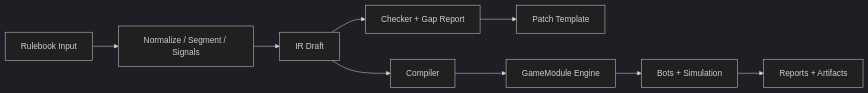
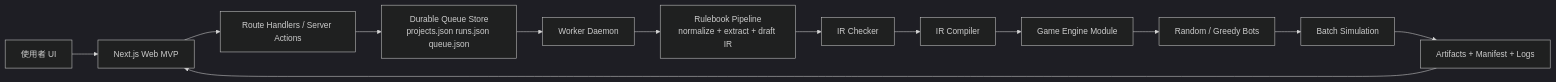
One commit to Timothy104005/board-game-app changed the first of 3 diagrams in docs/architecture.md. Above: the diagram before and after it, drawn with Mermaid (dark theme). The commit also changed other lines of this file and 6 other files, not shown here.

Commit message:
docs: architecture + IR spec + metrics + tuning + productization + web runbook

````diff
--- a/docs/architecture.md
+++ b/docs/architecture.md
@@ -5,11 +7,15 @@
 ```mermaid
 flowchart LR
-  A[Rulebook Input] --> B[Normalize / Segment / Signals]
-  B --> C[IR Draft]
-  C --> D[Checker + Gap Report]
-  D --> E[Patch Template]
-  C --> F[Compiler]
-  F --> G[GameModule Engine]
-  G --> H[Bots + Simulation]
-  H --> I[Reports + Artifacts]
+  U[使用者 UI] --> WEB[Next.js Web MVP]
+  WEB --> API[Route Handlers / Server Actions]
+  API --> QUEUE[Durable Queue Store<br/>projects.json runs.json queue.json]
+  QUEUE --> WORKER[Worker Daemon]
+  WORKER --> PIPE[Rulebook Pipeline<br/>normalize + extract + draft IR]
+  PIPE --> CHECK[IR Checker]
+  CHECK --> COMP[IR Compiler]
+  COMP --> ENG[Game Engine Module]
+  ENG --> BOTS[Random / Greedy Bots]
+  BOTS --> SIM[Batch Simulation]
+  SIM --> ART[Artifacts + Manifest + Logs]
+  ART --> WEB
 ```
````
